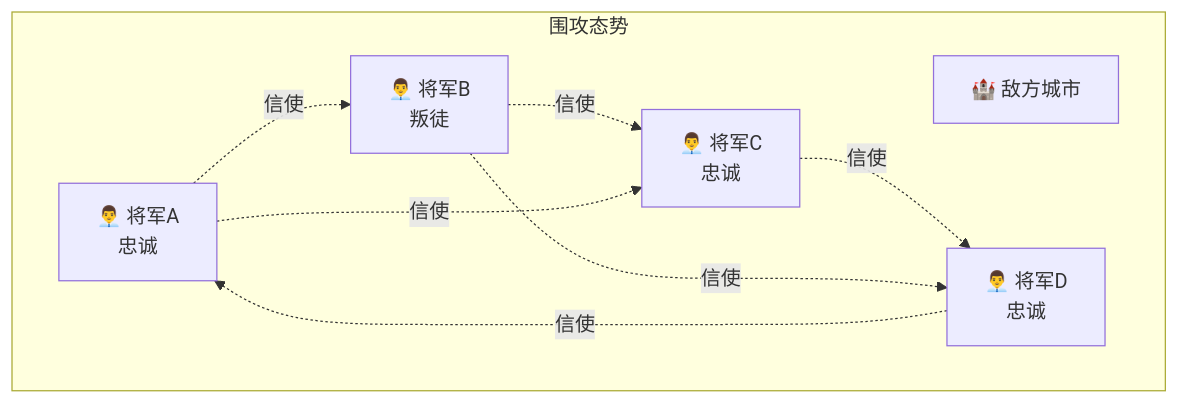
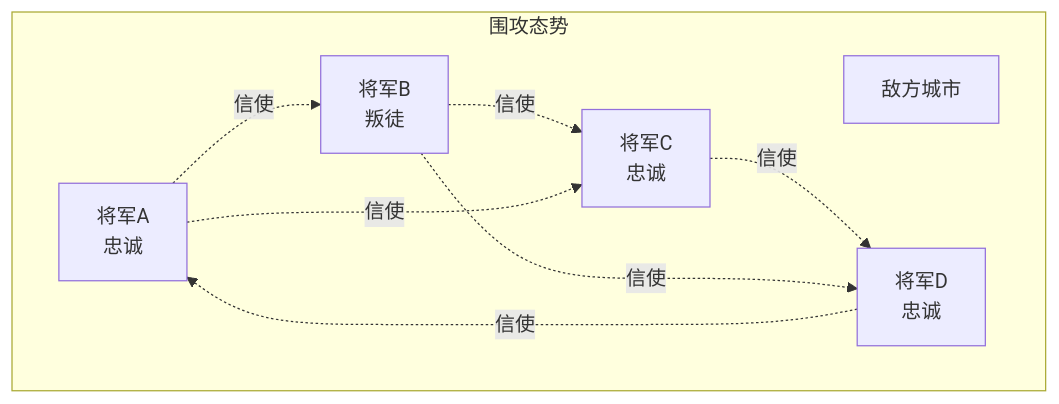
The first of 6 diagrams in content/posts/distributed-01-byzantine-generals.md (jsalessandro/lesshash), drawn with Mermaid before and after one commit. The commit also changed other lines of this file and 4 other files, not shown here.

Commit message:
feat: Add Mermaid support for enhanced diagram rendering in posts

````diff
--- a/content/posts/distributed-01-byzantine-generals.md
+++ b/content/posts/distributed-01-byzantine-generals.md
@@ -30,17 +30,17 @@
 ```mermaid
 flowchart TD
     subgraph "围攻态势"
-        城市[🏰 敌方城市]
-        将军A[👨‍💼 将军A<br/>忠诚]
-        将军B[👨‍💼 将军B<br/>叛徒]
-        将军C[👨‍💼 将军C<br/>忠诚]
-        将军D[👨‍💼 将军D<br/>忠诚]
+        城市["敌方城市"]
+        将军A["将军A<br/>忠诚"]
+        将军B["将军B<br/>叛徒"]
+        将军C["将军C<br/>忠诚"]
+        将军D["将军D<br/>忠诚"]
 
         将军A -.->|信使| 将军B
         将军B -.->|信使| 将军C
         将军C -.->|信使| 将军D
         将军D -.->|信使| 将军A
         将军A -.->|信使| 将军C
         将军B -.->|信使| 将军D
     end
 ```
````
